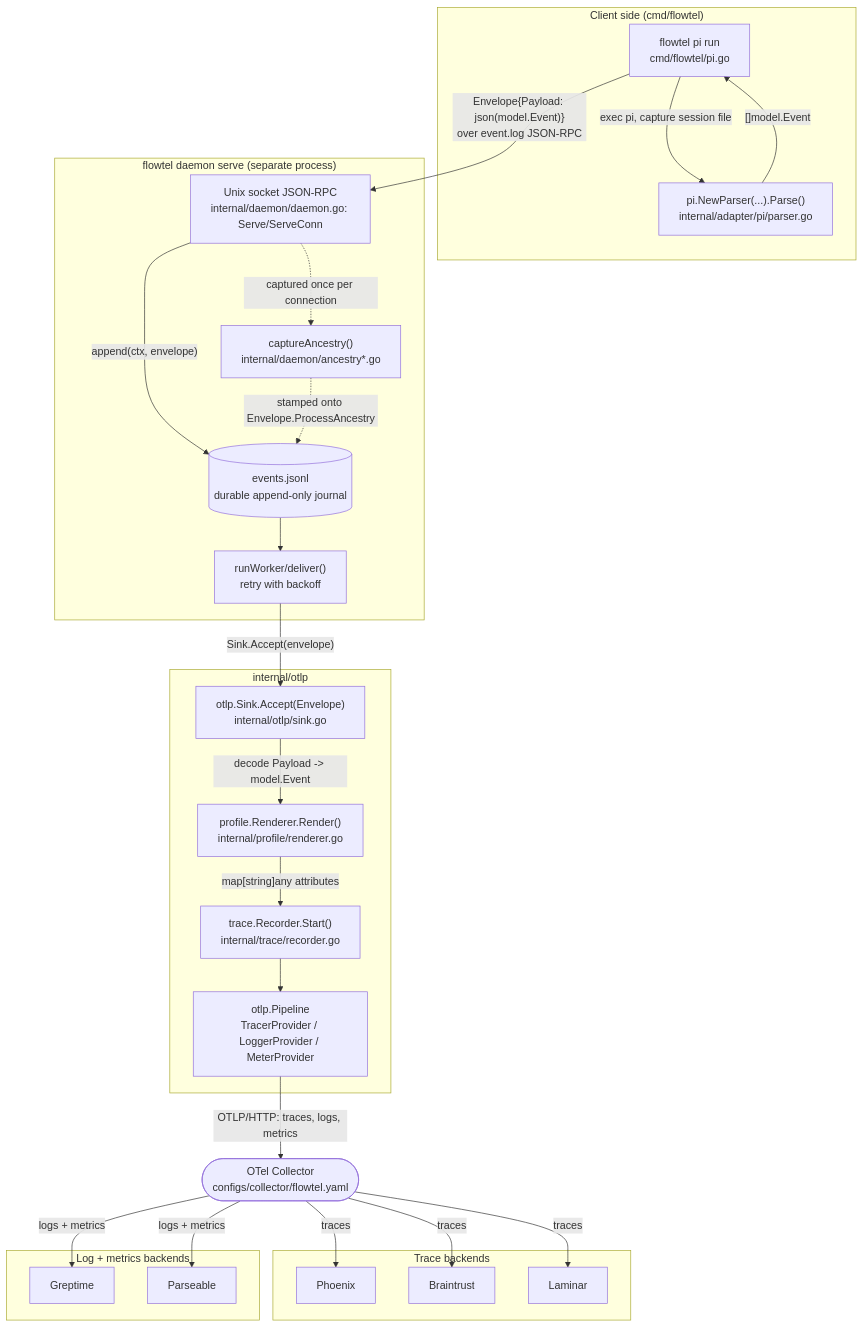
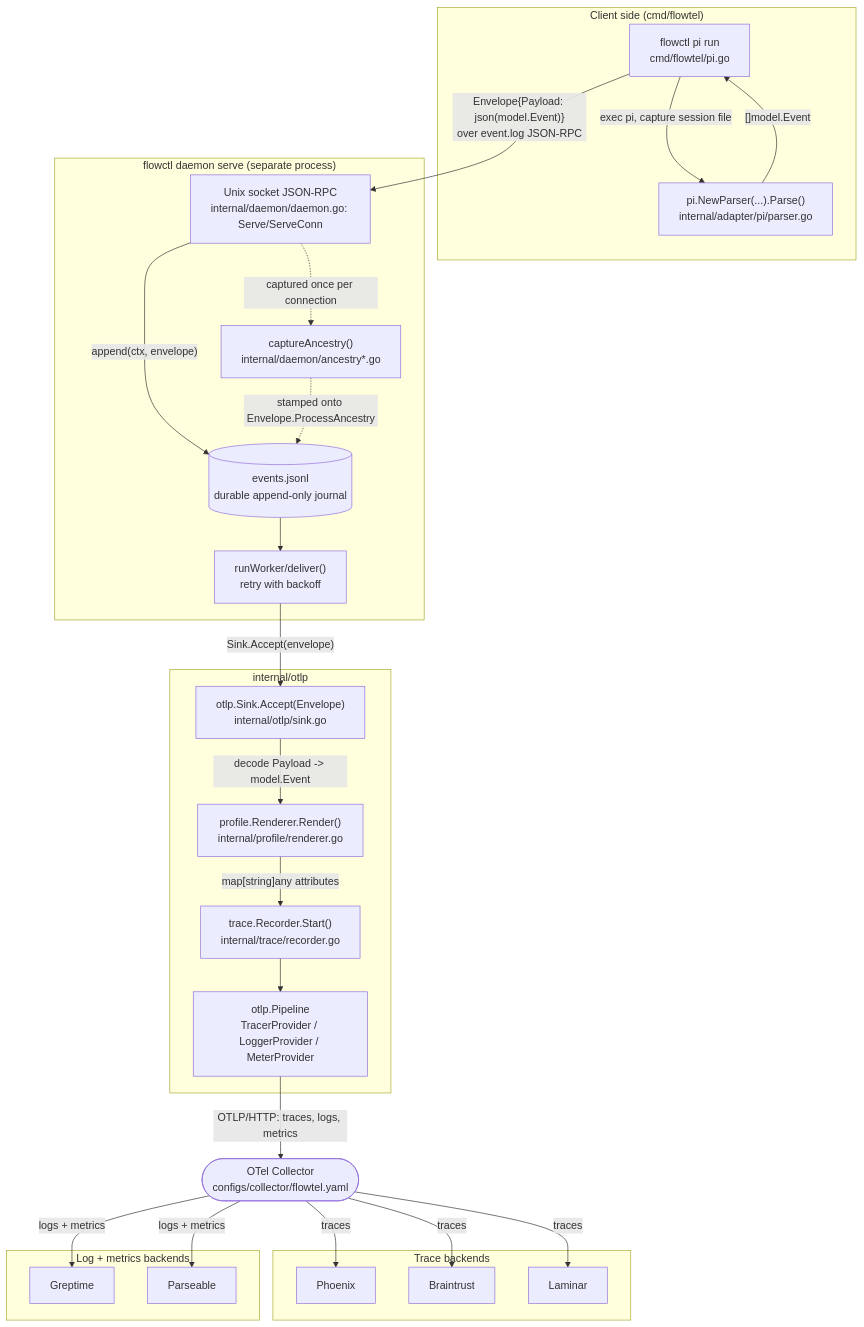
One commit to atharvamhaske/flowtel changed the first of 2 diagrams in ONBOARDING.md. Above: the diagram before and after it, drawn with Mermaid. The commit also changed other lines of this file and 2 other files, not shown here.

Commit message:
chore: rename cli binary from flowtel to flowctl

````diff
--- a/ONBOARDING.md
+++ b/ONBOARDING.md
@@ -53,51 +53,51 @@
 ```mermaid
 flowchart TB
     subgraph client["Client side (cmd/flowtel)"]
-        PiCmd["flowtel pi run<br/>cmd/flowtel/pi.go"]
+        PiCmd["flowctl pi run<br/>cmd/flowtel/pi.go"]
         Parser["pi.NewParser(...).Parse()<br/>internal/adapter/pi/parser.go"]
     end
 
-    subgraph daemonproc["flowtel daemon serve (separate process)"]
+    subgraph daemonproc["flowctl daemon serve (separate process)"]
         Socket["Unix socket JSON-RPC<br/>internal/daemon/daemon.go: Serve/ServeConn"]
         Journal[("events.jsonl<br/>durable append-only journal")]
         Worker["runWorker/deliver()<br/>retry with backoff"]
         Ancestry["captureAncestry()<br/>internal/daemon/ancestry*.go"]
     end
 
     subgraph pipeline["internal/otlp"]
         SinkI["otlp.Sink.Accept(Envelope)<br/>internal/otlp/sink.go"]
         Profile["profile.Renderer.Render()<br/>internal/profile/renderer.go"]
         Recorder["trace.Recorder.Start()<br/>internal/trace/recorder.go"]
         Providers["otlp.Pipeline<br/>TracerProvider / LoggerProvider / MeterProvider"]
     end
 
     Collector(["OTel Collector<br/>configs/collector/flowtel.yaml"])
 
     subgraph traces["Trace backends"]
         Phoenix["Phoenix"]
         Braintrust["Braintrust"]
         Laminar["Laminar"]
     end
     subgraph logsmetrics["Log + metrics backends"]
         Greptime["Greptime"]
         Parseable["Parseable"]
     end
 
     PiCmd -->|"exec pi, capture session file"| Parser
     Parser -->|"[]model.Event"| PiCmd
     PiCmd -->|"Envelope{Payload: json(model.Event)}<br/>over event.log JSON-RPC"| Socket
     Socket -->|"append(ctx, envelope)"| Journal
     Journal --> Worker
     Socket -.->|"captured once per connection"| Ancestry
     Ancestry -.->|"stamped onto Envelope.ProcessAncestry"| Journal
     Worker -->|"Sink.Accept(envelope)"| SinkI
     SinkI -->|"decode Payload -> model.Event"| Profile
     Profile -->|"map[string]any attributes"| Recorder
     Recorder --> Providers
     Providers -->|"OTLP/HTTP: traces, logs, metrics"| Collector
     Collector -- "traces" --> Phoenix
     Collector -- "traces" --> Braintrust
     Collector -- "traces" --> Laminar
     Collector -- "logs + metrics" --> Greptime
     Collector -- "logs + metrics" --> Parseable
 ```
````
